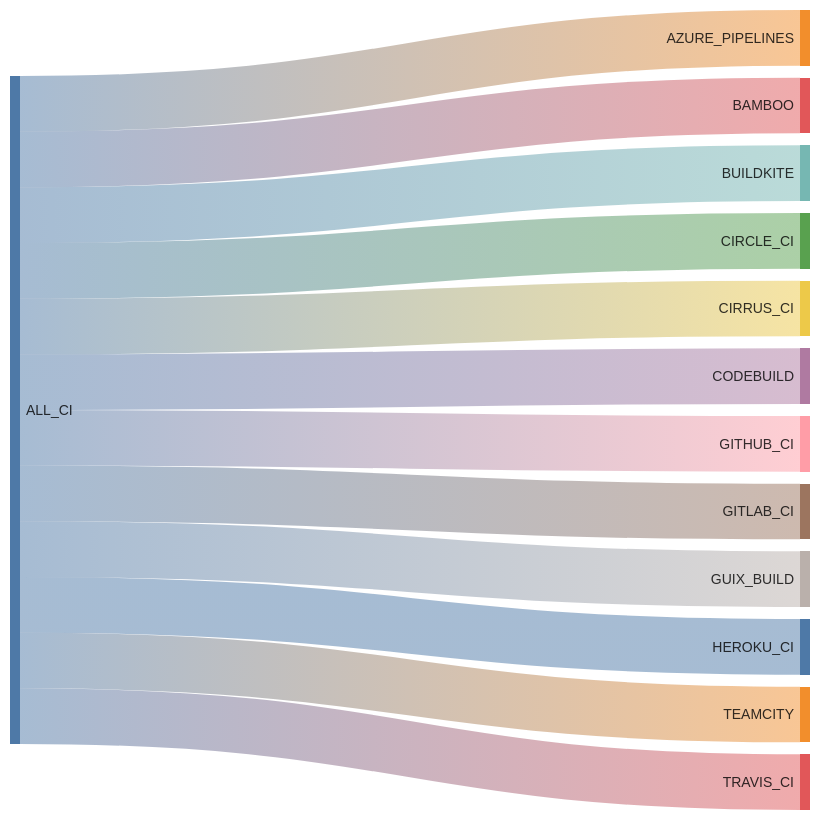
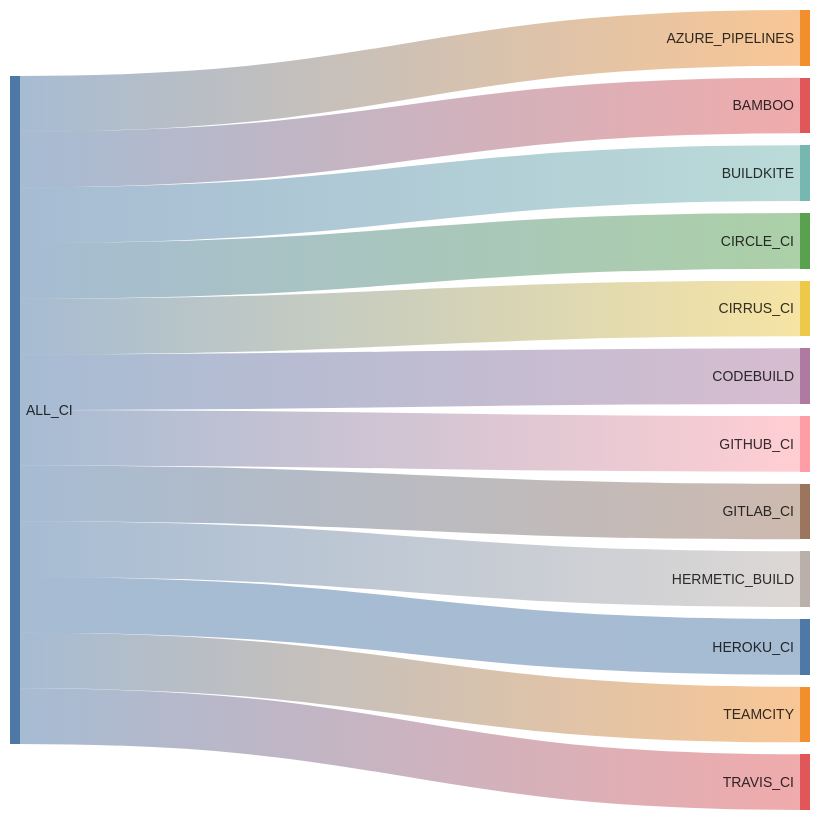
One commit to kdeldycke/extra-platforms changed the first of 2 diagrams in docs/ci.md. Above: the diagram before and after it, drawn with Mermaid. The commit also changed other lines of this file and 16 other files, not shown here.

Commit message:
Rename the `GUIX_BUILD` CI trait to a generic `HERMETIC_BUILD`

````diff
--- a/docs/ci.md
+++ b/docs/ci.md
@@ -96,19 +96,19 @@
 ```mermaid
 ---
 config: {"sankey": {"showValues": false, "width": 800, "height": 800}}
 ---
 sankey-beta
 
 ALL_CI,AZURE_PIPELINES,1
 ALL_CI,BAMBOO,1
 ALL_CI,BUILDKITE,1
 ALL_CI,CIRCLE_CI,1
 ALL_CI,CIRRUS_CI,1
 ALL_CI,CODEBUILD,1
 ALL_CI,GITHUB_CI,1
 ALL_CI,GITLAB_CI,1
-ALL_CI,GUIX_BUILD,1
+ALL_CI,HERMETIC_BUILD,1
 ALL_CI,HEROKU_CI,1
 ALL_CI,TEAMCITY,1
 ALL_CI,TRAVIS_CI,1
 ```
````
